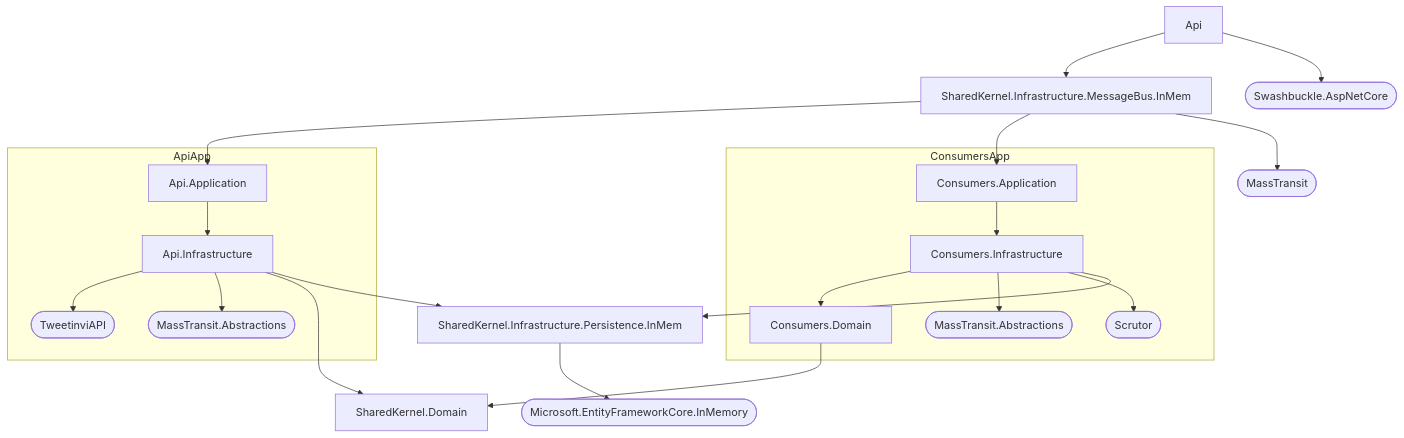
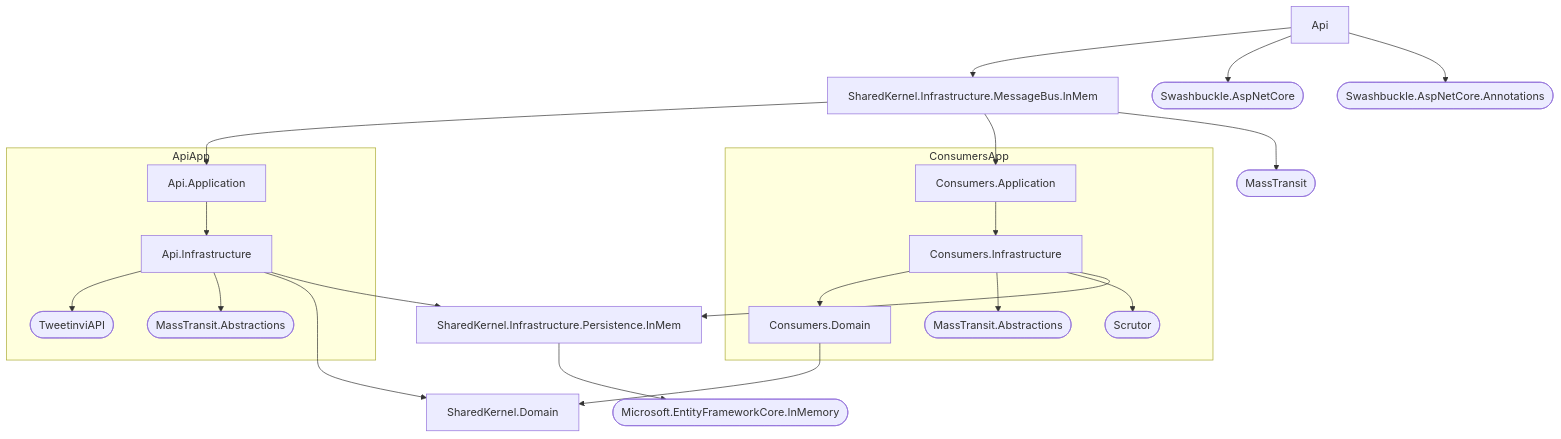
Before and after one commit to ahandswork/TwitterStreamAnalytics: the diagram in README.md, drawn with Mermaid. The commit also changed 2 other files, not shown here.

Commit message:
feat(api): ✨🚧 try add swagger docs to swagger UI

````diff
--- a/README.md
+++ b/README.md
@@ -30,24 +30,25 @@
 ```mermaid
 flowchart TB;  
   Api-->SharedKernel.Infrastructure.MessageBus.InMem;
   Api-->N1([Swashbuckle.AspNetCore]);
+  Api-->N2([Swashbuckle.AspNetCore.Annotations]);
   SharedKernel.Infrastructure.MessageBus.InMem-->Api.Application;
   SharedKernel.Infrastructure.MessageBus.InMem-->Consumers.Application;
-  SharedKernel.Infrastructure.MessageBus.InMem-->N5([MassTransit]);
+  SharedKernel.Infrastructure.MessageBus.InMem-->N3([MassTransit]);
   subgraph ApiApp
   Api.Application-->Api.Infrastructure;
-  Api.Infrastructure-->N3([TweetinviAPI]);
-  Api.Infrastructure-->N2([MassTransit.Abstractions]);  
+  Api.Infrastructure-->N4([TweetinviAPI]);
+  Api.Infrastructure-->N5([MassTransit.Abstractions]);  
   end
   subgraph ConsumersApp
   Consumers.Application-->Consumers.Infrastructure;
   Consumers.Infrastructure-->Consumers.Domain;
-  Consumers.Infrastructure-->N7([MassTransit.Abstractions]);
-  Consumers.Infrastructure-->N4([Scrutor]);
+  Consumers.Infrastructure-->N6([MassTransit.Abstractions]);
+  Consumers.Infrastructure-->N7([Scrutor]);
   end
   Api.Infrastructure-->SharedKernel.Domain;
   Consumers.Domain-->SharedKernel.Domain;
   Api.Infrastructure-->SharedKernel.Infrastructure.Persistence.InMem;
   Consumers.Infrastructure-->SharedKernel.Infrastructure.Persistence.InMem;
-  SharedKernel.Infrastructure.Persistence.InMem-->N6([Microsoft.EntityFrameworkCore.InMemory]);
+  SharedKernel.Infrastructure.Persistence.InMem-->N8([Microsoft.EntityFrameworkCore.InMemory]);
 ```
````
